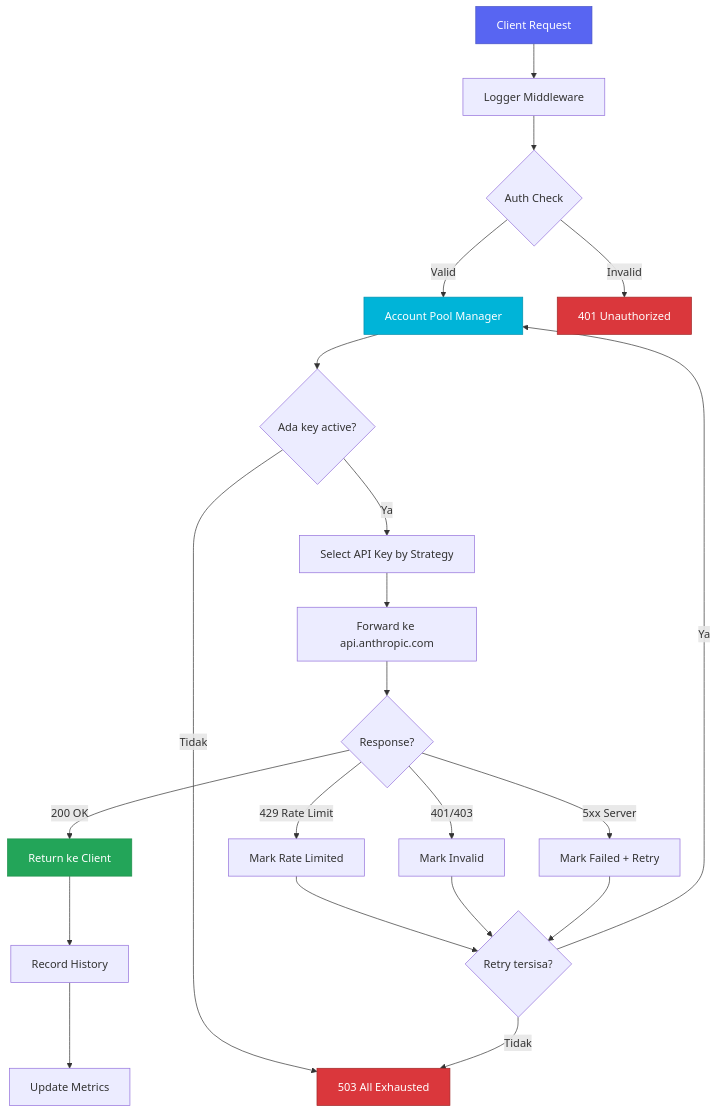
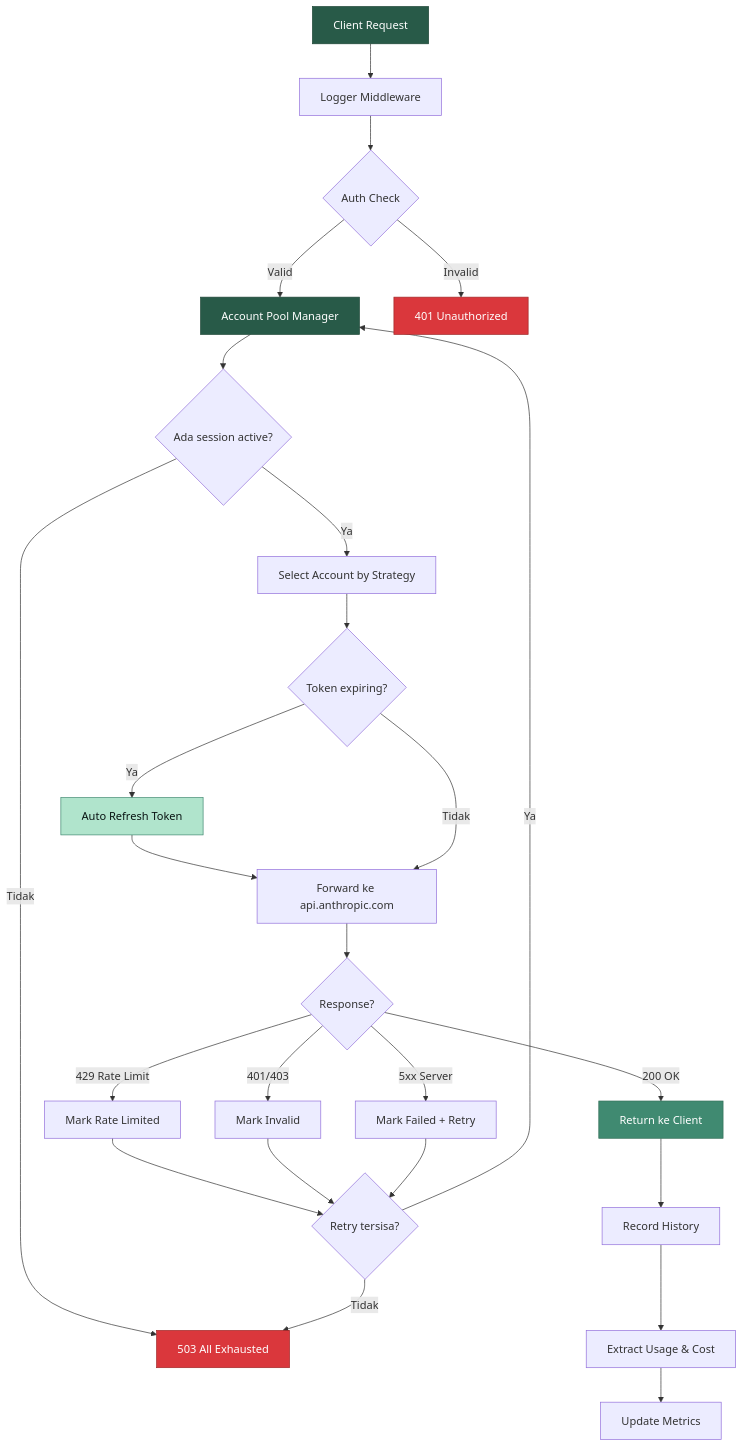
The second of 3 diagrams in README.md (el-pablos/claude-api), drawn with Mermaid before and after one commit. The commit also changed other lines of this file, not shown here.

First line of the commit message:
docs: overhaul readme lengkap oauth flow, usage tracking, cost calc, windows & vps guide

````diff
--- a/README.md
+++ b/README.md
@@ -176,29 +227,34 @@
 ```mermaid
 flowchart TD
     A[Client Request] --> B[Logger Middleware]
     B --> C{Auth Check}
     C -->|Valid| D[Account Pool Manager]
     C -->|Invalid| Z[401 Unauthorized]
-    D --> E{Ada key active?}
-    E -->|Ya| F[Select API Key by Strategy]
+    D --> E{Ada session active?}
+    E -->|Ya| F[Select Account by Strategy]
     E -->|Tidak| G[503 All Exhausted]
-    F --> H[Forward ke api.anthropic.com]
+    F --> T{Token expiring?}
+    T -->|Ya| U[Auto Refresh Token]
+    U --> H
+    T -->|Tidak| H[Forward ke api.anthropic.com]
     H --> I{Response?}
     I -->|200 OK| J[Return ke Client]
     I -->|429 Rate Limit| K[Mark Rate Limited]
     K --> L{Retry tersisa?}
     L -->|Ya| D
     L -->|Tidak| G
     I -->|401/403| M[Mark Invalid]
     M --> L
     I -->|5xx Server| N[Mark Failed + Retry]
     N --> L
     J --> O[Record History]
-    O --> P[Update Metrics]
+    O --> P[Extract Usage & Cost]
+    P --> Q[Update Metrics]
 
-    style A fill:#5865f2,stroke:#4752c4,color:#fff
-    style J fill:#23a559,stroke:#1e8e4a,color:#fff
+    style A fill:#285A48,stroke:#1e4636,color:#fff
+    style J fill:#408A71,stroke:#337058,color:#fff
     style G fill:#da373c,stroke:#a12828,color:#fff
     style Z fill:#da373c,stroke:#a12828,color:#fff
-    style D fill:#00b4d8,stroke:#0090ad,color:#fff
+    style D fill:#285A48,stroke:#1e4636,color:#fff
+    style U fill:#B0E4CC,stroke:#408A71,color:#091413
 ```
````
